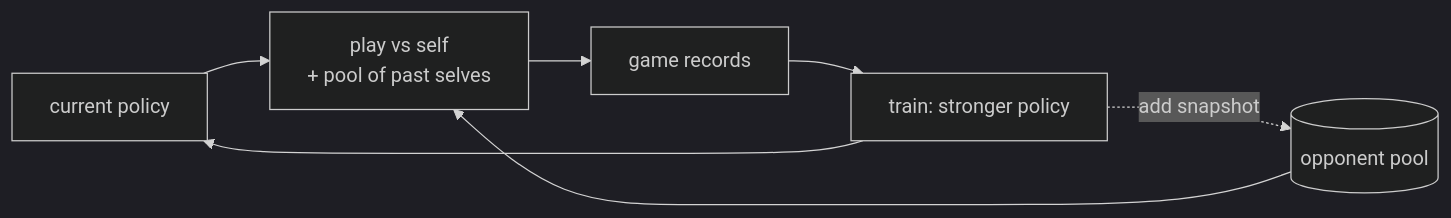
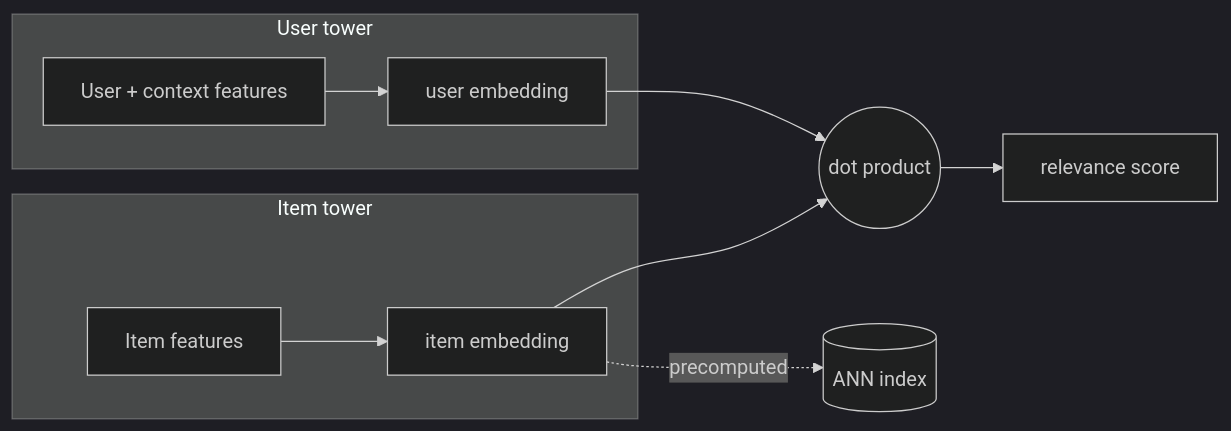
Before and after one commit to kader-xai/kader-xai.github.io: the third of 4 diagrams in ai-ml-encyclopedia/ch26.qmd, drawn with Mermaid (dark theme). The commit also changed other lines of this file and 47 other files, not shown here.

````diff
--- a/ai-ml-encyclopedia/ch26.qmd
+++ b/ai-ml-encyclopedia/ch26.qmd
@@ -233,9 +254,13 @@
 ```{mermaid}
 flowchart LR
-    P[current policy] --> G[play vs self<br/>+ pool of past selves]
-    G --> D[game records]
-    D --> T[train: stronger policy]
-    T --> P
-    T -.add snapshot.-> POOL[(opponent pool)]
-    POOL --> G
+  subgraph User tower
+    UF[User + context features] --> UE[user embedding]
+  end
+  subgraph Item tower
+    IF[Item features] --> IE[item embedding]
+  end
+  UE --> D((dot product))
+  IE --> D
+  D --> S[relevance score]
+  IE -.precomputed.-> ANN[(ANN index)]
 ```
````
